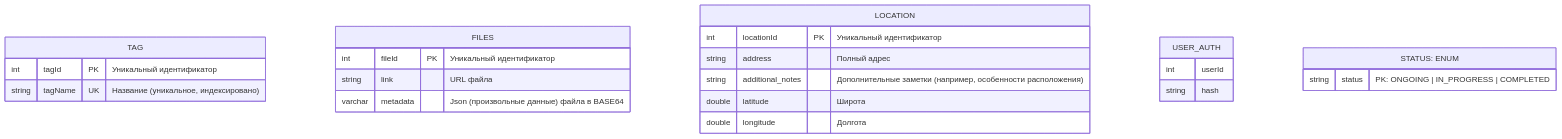
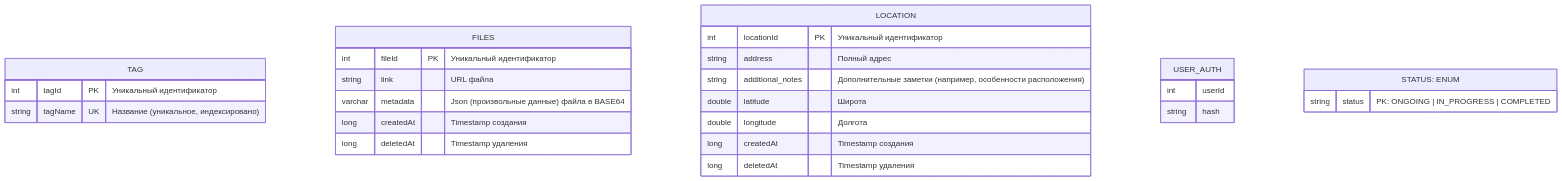
The second of 3 diagrams in documentation/architecture/erd.md (ADT-VOLUNTEERS-CASE/.github), drawn with Mermaid before and after one commit. The commit also changed other lines of this file, not shown here.

````diff
--- a/documentation/architecture/erd.md
+++ b/documentation/architecture/erd.md
@@ -67,30 +67,36 @@
 ```mermaid
 erDiagram
     TAG {
         int tagId PK "Уникальный идентификатор"
         string tagName UK "Название (уникальное, индексировано)"
     }
 
     FILES {
         int fileId PK "Уникальный идентификатор"
         string link "URL файла"
         varchar metadata "Json (произвольные данные) файла в BASE64"
+
+       long createdAt "Timestamp создания"
+       long deletedAt "Timestamp удаления"
     }
 
     LOCATION {
         int locationId PK "Уникальный идентификатор"
         string address "Полный адрес"
         string additional_notes "Дополнительные заметки (например, особенности расположения)"
         double latitude "Широта"
         double longitude "Долгота"
+
+       long createdAt "Timestamp создания"
+       long deletedAt "Timestamp удаления"
     }
     
     USER_AUTH {
         int userId
         string hash
     }
 
     STATUS["STATUS: ENUM"] {
         string status "PK: ONGOING | IN_PROGRESS | COMPLETED"
     }
 ```
````
